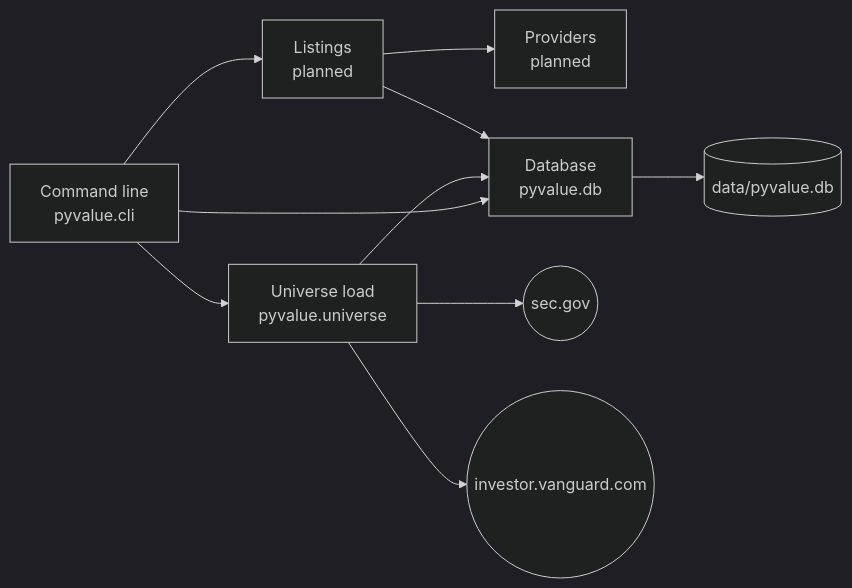
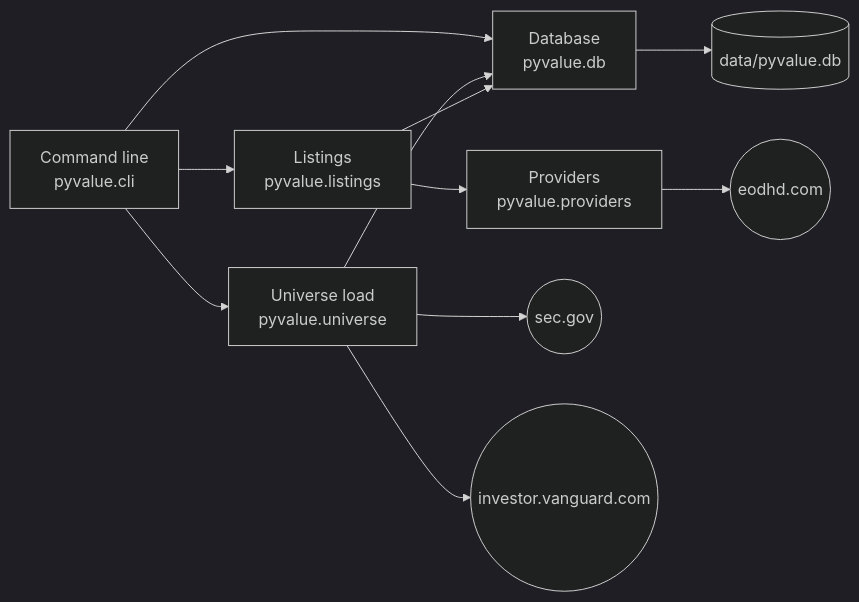
The diagram in docs/architecture.md (emretezel/pyvalue-next), drawn with Mermaid (dark theme) before and after one commit. The commit also changed other lines of this file and 8 other files, not shown here.

````diff
--- a/docs/architecture.md
+++ b/docs/architecture.md
@@ -21,21 +21,23 @@
 ```mermaid
 flowchart LR
     cli["Command line<br/>pyvalue.cli"]
     universe["Universe load<br/>pyvalue.universe"]
-    listings["Listings<br/>planned"]
-    providers["Providers<br/>planned"]
+    listings["Listings<br/>pyvalue.listings"]
+    providers["Providers<br/>pyvalue.providers"]
     db["Database<br/>pyvalue.db"]
     file[("data/pyvalue.db")]
     sec(("sec.gov"))
     sponsor(("investor.vanguard.com"))
+    eodhd(("eodhd.com"))
 
     cli --> db
     cli --> universe
     cli --> listings
     universe --> db
     universe --> sec
     universe --> sponsor
     listings --> db
     listings --> providers
+    providers --> eodhd
     db --> file
 ```
````
